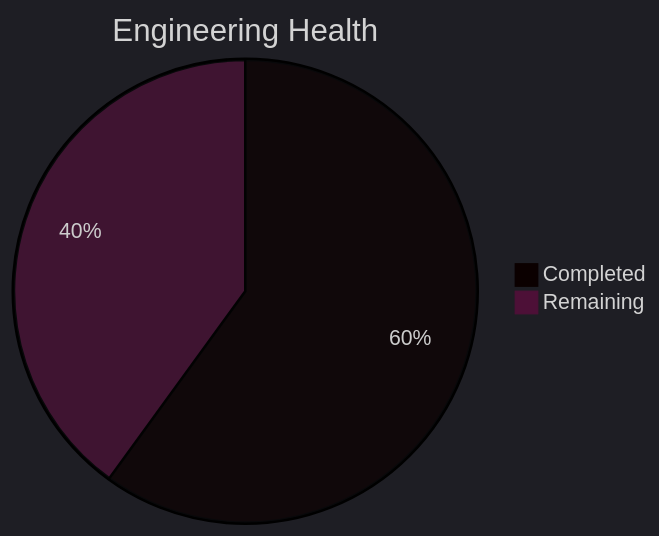
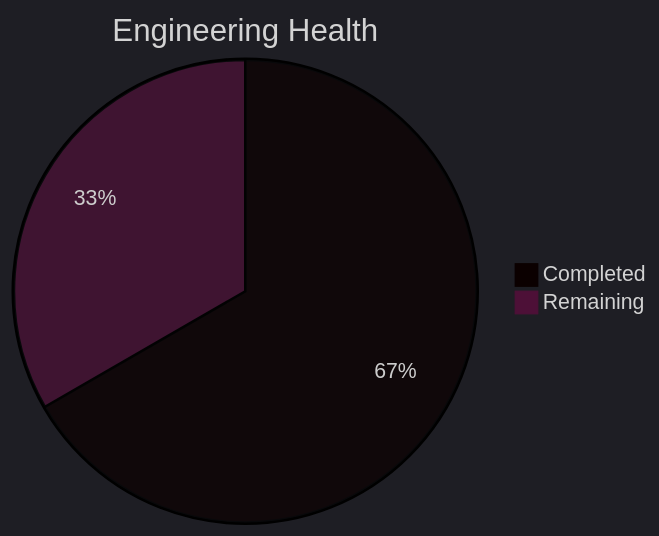
Before and after one commit to Neogleamz/SK8Lytz: the third of 6 diagrams in tools/SK8Lytz_Bucket_List.md, drawn with Mermaid. The commit also changed other lines of this file, not shown here.

Commit message:
fix(docs): synchronize pie charts with actual task distribution and historical offset

````diff
--- a/tools/SK8Lytz_Bucket_List.md
+++ b/tools/SK8Lytz_Bucket_List.md
@@ -39,6 +39,6 @@
 ```mermaid
 %%{init: {'theme': 'dark'}}%%
 pie title Engineering Health
   "Completed" : 12
-  "Remaining" : 8
+  "Remaining" : 6
 ```
````
